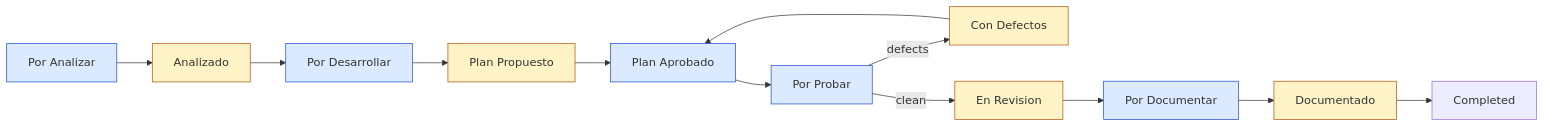
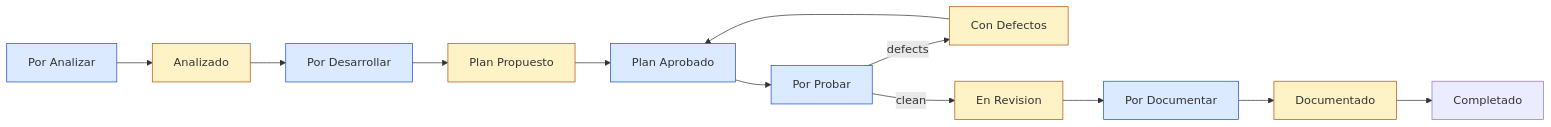
Before and after one commit to hectorgabriel/StrangeSymphony: the diagram in docs/sdlc-pipeline.md, drawn with Mermaid. The commit also changed other lines of this file and 1 other file, not shown here.

````diff
--- a/docs/sdlc-pipeline.md
+++ b/docs/sdlc-pipeline.md
@@ -32,9 +32,9 @@
 ```mermaid
 flowchart LR
   A[Por Analizar]:::agent --> B[Analizado]:::human --> C[Por Desarrollar]:::agent --> D[Plan Propuesto]:::human
   D --> E[Plan Aprobado]:::agent --> F[Por Probar]:::agent
   F -->|defects| G[Con Defectos]:::human --> E
-  F -->|clean| H[En Revision]:::human --> I[Por Documentar]:::agent --> J[Documentado]:::human --> K[Completed]
+  F -->|clean| H[En Revision]:::human --> I[Por Documentar]:::agent --> J[Documentado]:::human --> K[Completado]
   classDef agent fill:#dbeafe,stroke:#1d4ed8
   classDef human fill:#fef3c7,stroke:#b45309
 ```
````
